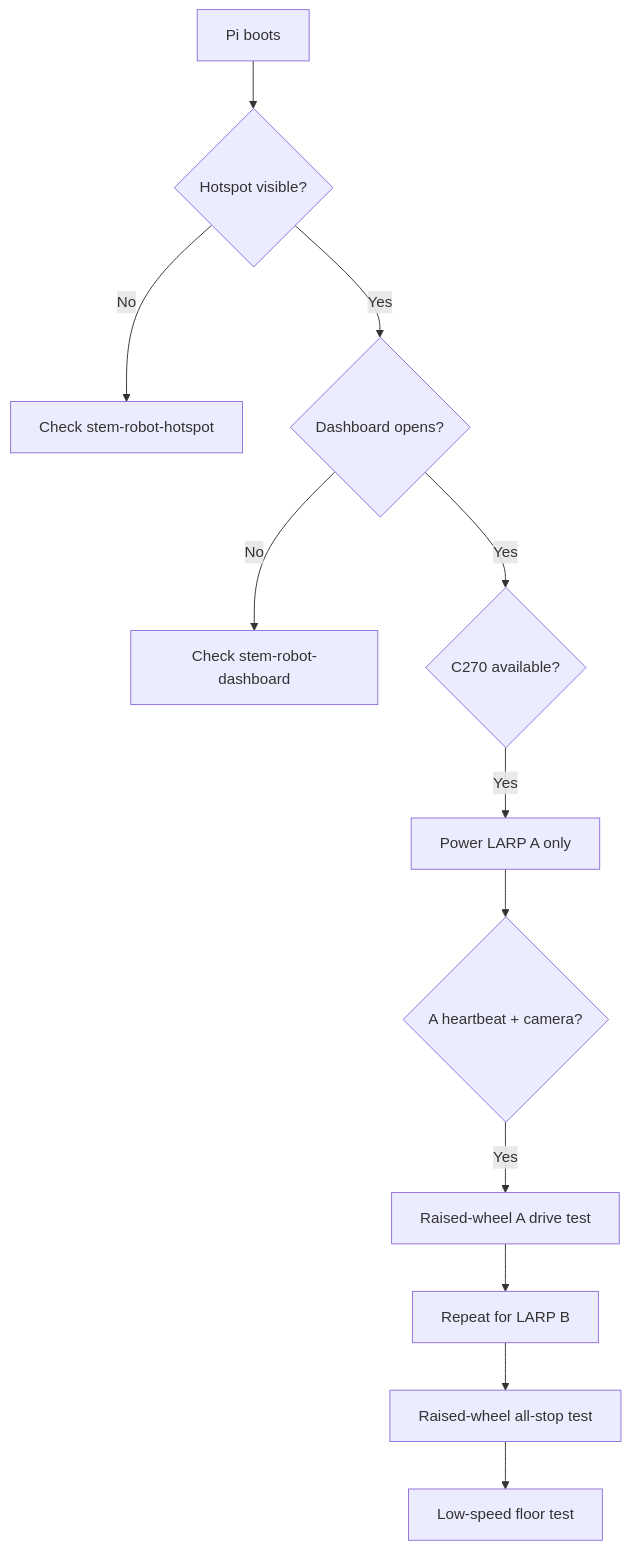
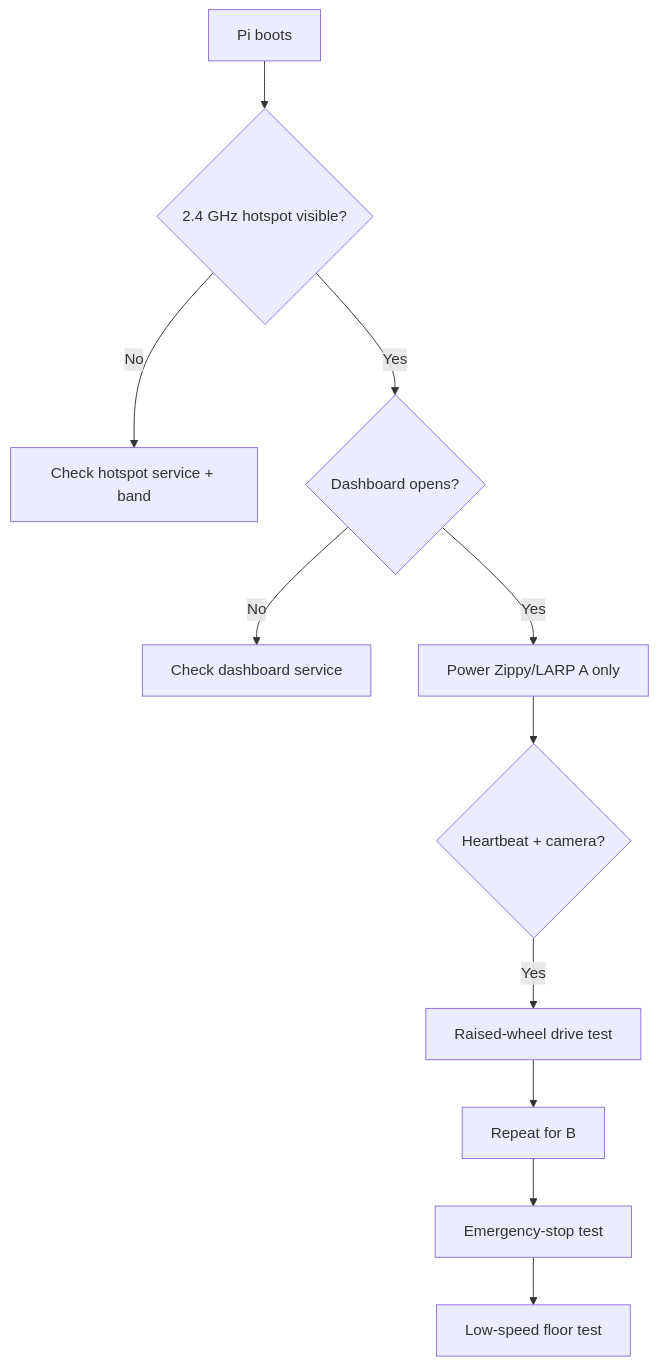
The fifth of 5 diagrams in README.md (william-thompsonthe1st/STEM-Research-Academy), drawn with Mermaid before and after one commit. The commit also changed other lines of this file, not shown here.

Commit message:
docs: add pinout visuals and Zippy Wi-Fi troubleshooting

````diff
--- a/README.md
+++ b/README.md
@@ -219,14 +217,13 @@
 ```mermaid
 flowchart TD
-    P["Pi boots"] --> H{"Hotspot visible?"}
-    H -- No --> HS["Check stem-robot-hotspot"]
+    P["Pi boots"] --> H{"2.4 GHz hotspot visible?"}
+    H -- No --> HS["Check hotspot service + band"]
     H -- Yes --> D{"Dashboard opens?"}
-    D -- No --> DS["Check stem-robot-dashboard"]
-    D -- Yes --> C{"C270 available?"}
-    C -- Yes --> A["Power LARP A only"]
-    A --> AH{"A heartbeat + camera?"}
-    AH -- Yes --> AT["Raised-wheel A drive test"]
-    AT --> B["Repeat for LARP B"]
-    B --> ALL["Raised-wheel all-stop test"]
+    D -- No --> DS["Check dashboard service"]
+    D -- Yes --> A["Power Zippy/LARP A only"]
+    A --> AH{"Heartbeat + camera?"}
+    AH -- Yes --> AT["Raised-wheel drive test"]
+    AT --> B["Repeat for B"]
+    B --> ALL["Emergency-stop test"]
     ALL --> FLOOR["Low-speed floor test"]
 ```
````
